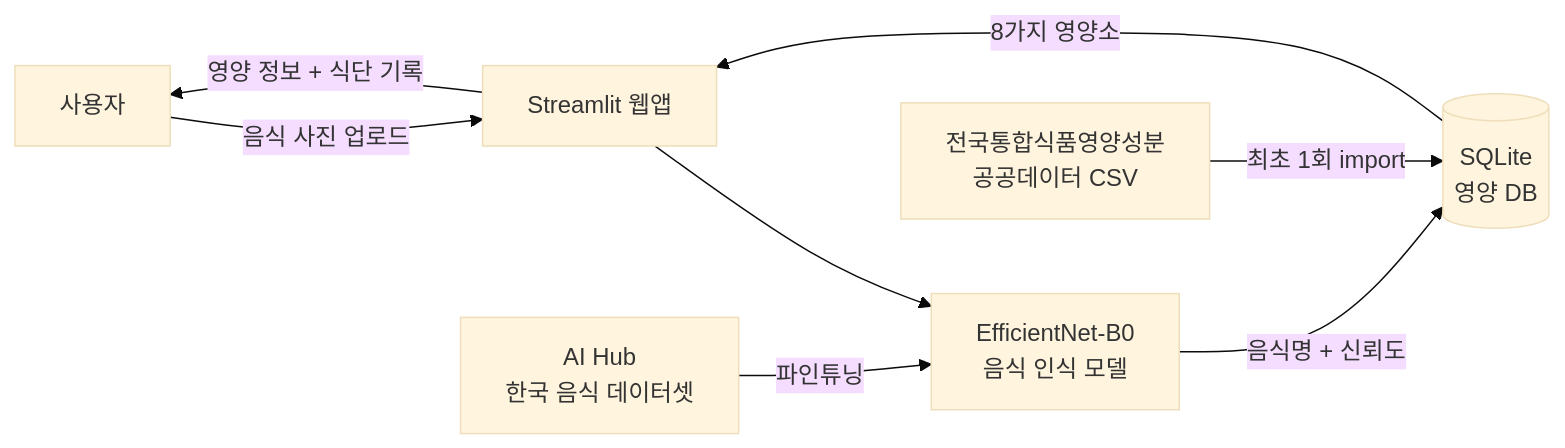
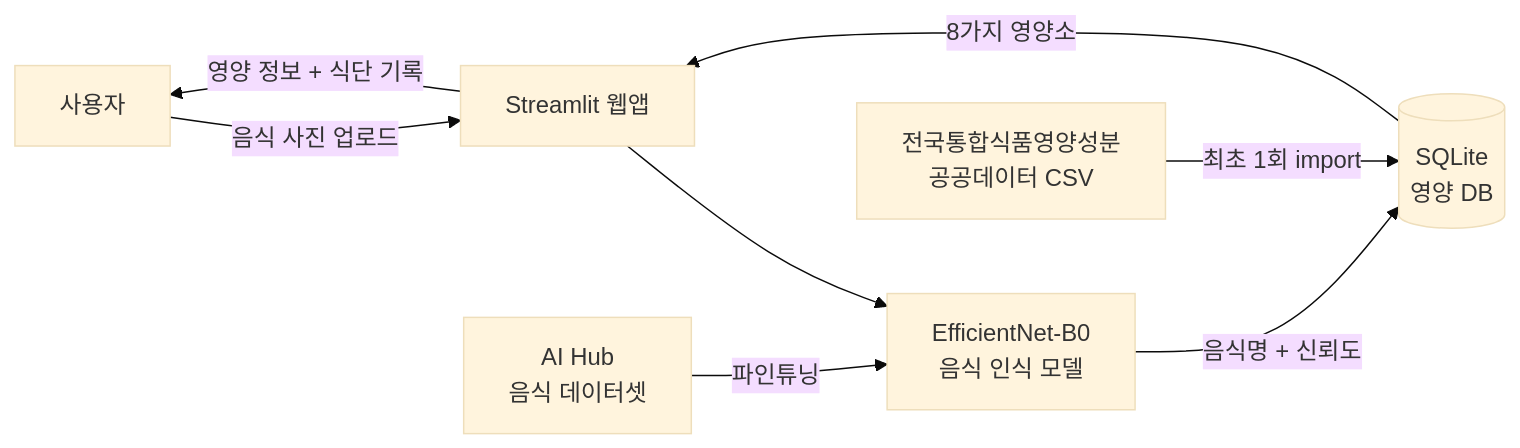
Before and after one commit to chalice355/Capstone-Design: the first of 3 diagrams in food-calorie-ai/README (1).md, drawn with Mermaid (base theme). The commit also changed other lines of this file, not shown here.

````diff
--- a/food-calorie-ai/README (1).md
+++ b/food-calorie-ai/README (1).md
@@ -22,10 +22,10 @@
 ```mermaid
 graph LR
     USER[사용자] -->|음식 사진 업로드| WEB[Streamlit 웹앱]
     WEB --> AI[EfficientNet-B0\n음식 인식 모델]
     AI -->|음식명 + 신뢰도| DB[(SQLite\n영양 DB)]
     DB -->|8가지 영양소| WEB
     WEB -->|영양 정보 + 식단 기록| USER
     CSV[전국통합식품영양성분\n공공데이터 CSV] -->|최초 1회 import| DB
-    AIHUB[AI Hub\n한국 음식 데이터셋] -->|파인튜닝| AI
+    AIHUB[AI Hub\n음식 데이터셋] -->|파인튜닝| AI
 ```
````
